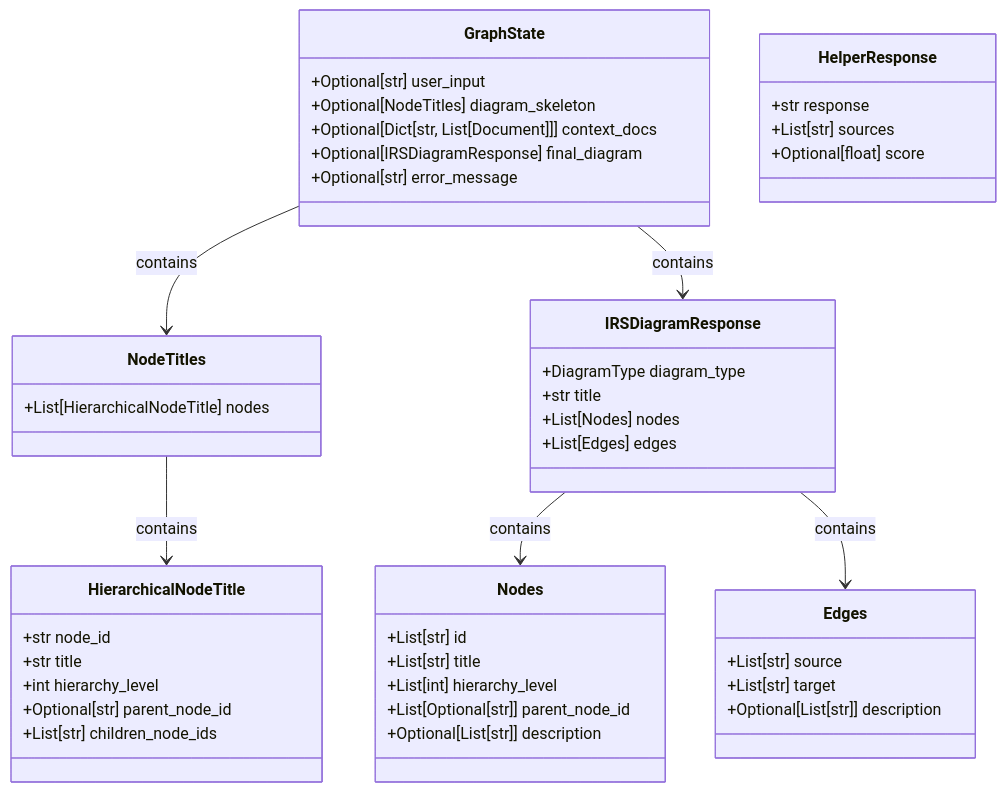
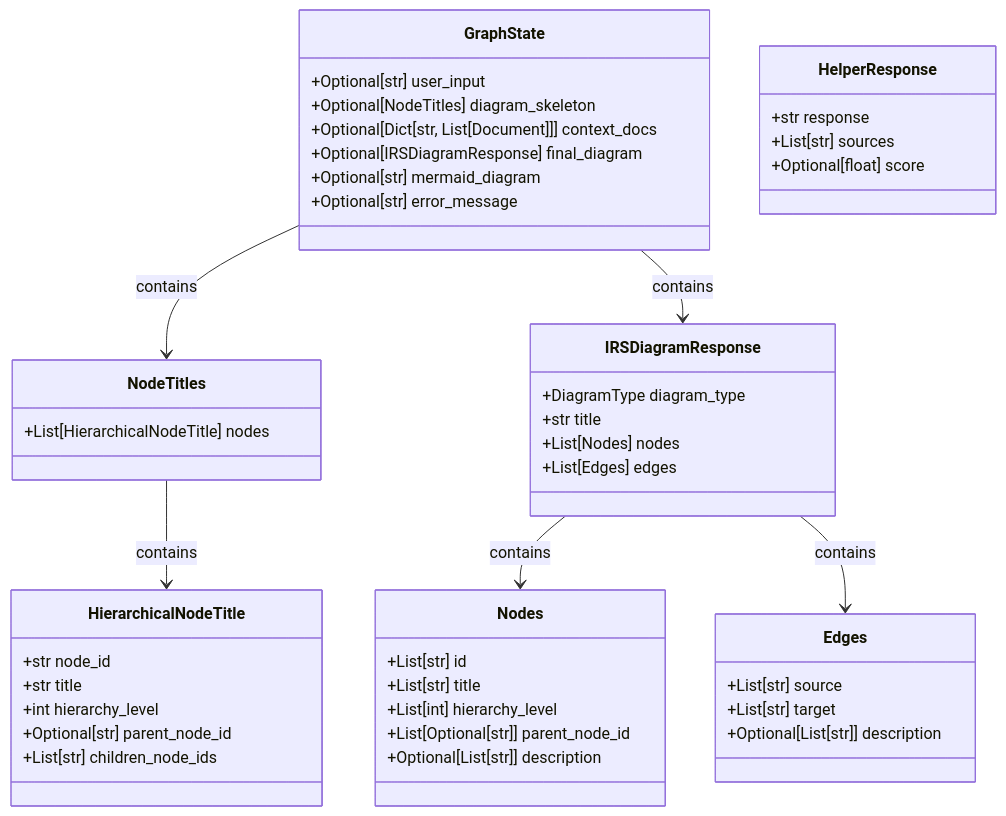
Before and after one commit to h19overflow/diagram_maker: the ninth of 10 diagrams in README.md, drawn with Mermaid. The commit also changed other lines of this file, not shown here.

First line of the commit message:
Update README.md to document Mermaid diagram generation features

````diff
--- a/README.md
+++ b/README.md
@@ -436,55 +441,56 @@
 ```mermaid
 classDiagram
     class GraphState {
         +Optional[str] user_input
         +Optional[NodeTitles] diagram_skeleton
         +Optional[Dict[str, List[Document]]] context_docs
         +Optional[IRSDiagramResponse] final_diagram
+        +Optional[str] mermaid_diagram
         +Optional[str] error_message
     }
 
     class NodeTitles {
         +List[HierarchicalNodeTitle] nodes
     }
 
     class HierarchicalNodeTitle {
         +str node_id
         +str title
         +int hierarchy_level
         +Optional[str] parent_node_id
         +List[str] children_node_ids
     }
 
     class IRSDiagramResponse {
         +DiagramType diagram_type
         +str title
         +List[Nodes] nodes
         +List[Edges] edges
     }
 
     class Nodes {
         +List[str] id
         +List[str] title
         +List[int] hierarchy_level
         +List[Optional[str]] parent_node_id
         +Optional[List[str]] description
     }
 
     class Edges {
         +List[str] source
         +List[str] target
         +Optional[List[str]] description
     }
 
     class HelperResponse {
         +str response
         +List[str] sources
         +Optional[float] score
     }
 
     GraphState --> NodeTitles : contains
     GraphState --> IRSDiagramResponse : contains
     NodeTitles --> HierarchicalNodeTitle : contains
     IRSDiagramResponse --> Nodes : contains
     IRSDiagramResponse --> Edges : contains
 ```
````
